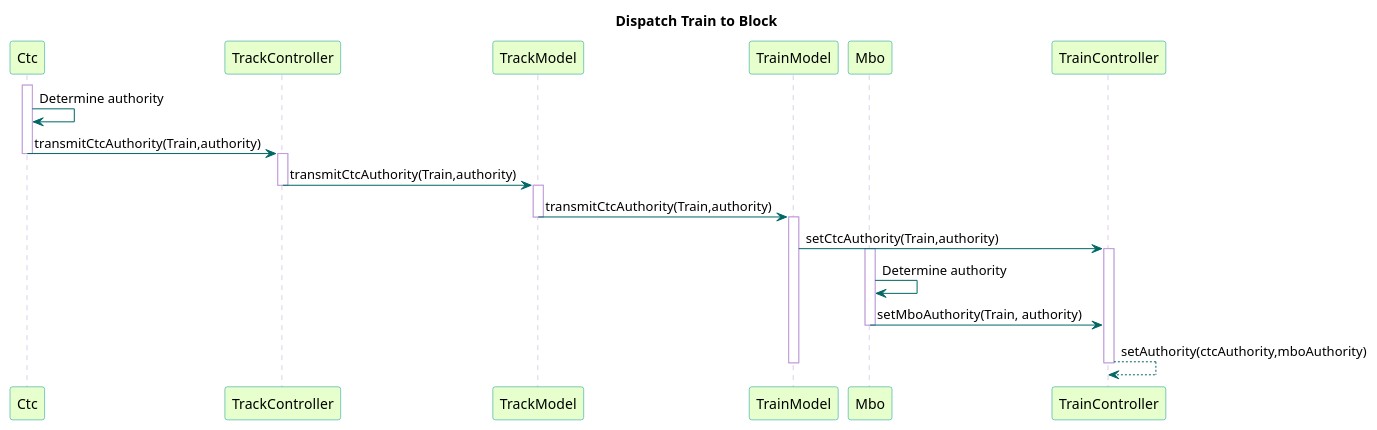
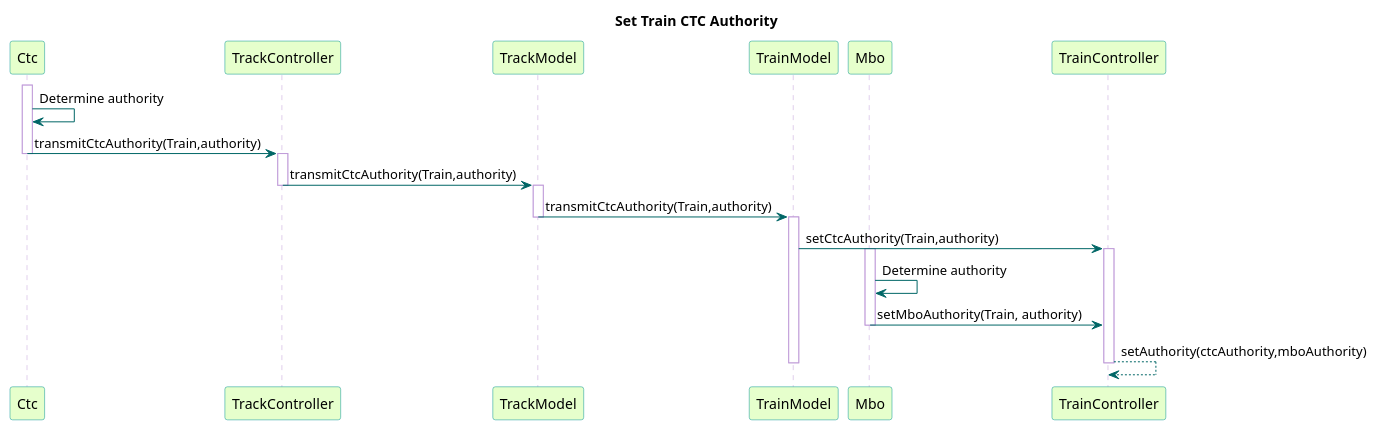
The diagram in TrainSystem/yUML/Sequence Diagrams/Overall/SetTrainAuthority.pu (kevingilboy/COE1186), drawn with PlantUML before and after one commit. The commit also changed 3 other files, not shown here.

```diff
--- a/TrainSystem/yUML/Sequence Diagrams/Overall/SetTrainAuthority.pu
+++ b/TrainSystem/yUML/Sequence Diagrams/Overall/SetTrainAuthority.pu
@@ -1,47 +1,47 @@
 @startuml
 
-title Dispatch Train to Block
+title Set Train CTC Authority
 
 skinparam sequence {
   BackgroundColor transparent
   ParticipantBackgroundColor #e6ffcc
   ParticipantBorderColor 	#049595
   PackageBorderCOlor  #049595
   ArrowColor #006666
   LifeLineBorderColor #c09cd9
 }
 
 participant Ctc
 participant TrackController
 participant TrackModel
 participant TrainModel
 participant Mbo
 
 activate Ctc
 Ctc -> Ctc : Determine authority
 Ctc -> TrackController : transmitCtcAuthority(Train,authority)
 deactivate Ctc
 
 activate TrackController
 TrackController -> TrackModel : transmitCtcAuthority(Train,authority)
 deactivate TrackController
 
 activate TrackModel
 TrackModel -> TrainModel : transmitCtcAuthority(Train,authority)
 deactivate TrackModel
 
 activate TrainModel
 TrainModel -> TrainController : setCtcAuthority(Train,authority)
 activate TrainController
 
 activate Mbo
 Mbo -> Mbo : Determine authority
 Mbo -> TrainController : setMboAuthority(Train, authority)
 deactivate Mbo
 
 TrainController --> TrainController : setAuthority(ctcAuthority,mboAuthority)
 deactivate TrainController
 
 deactivate TrainModel
 
 @enduml
```
